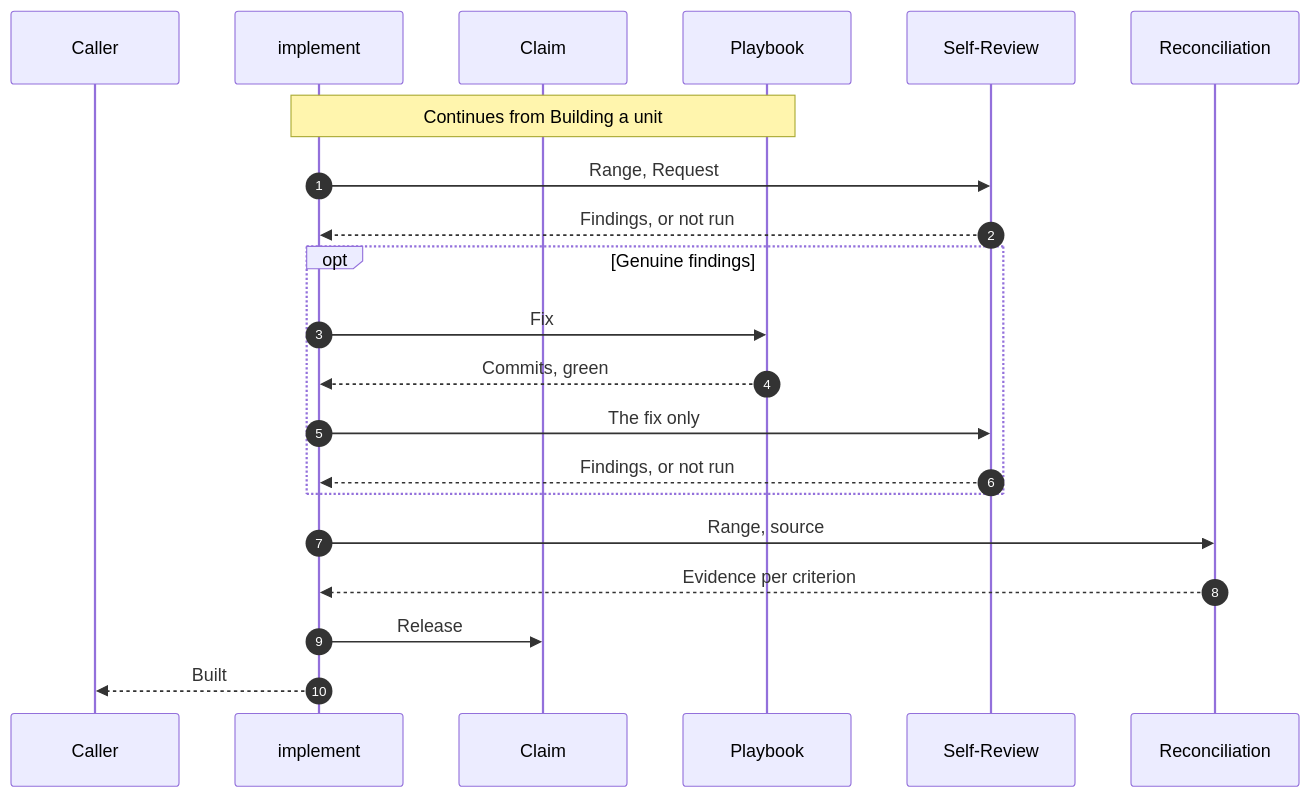
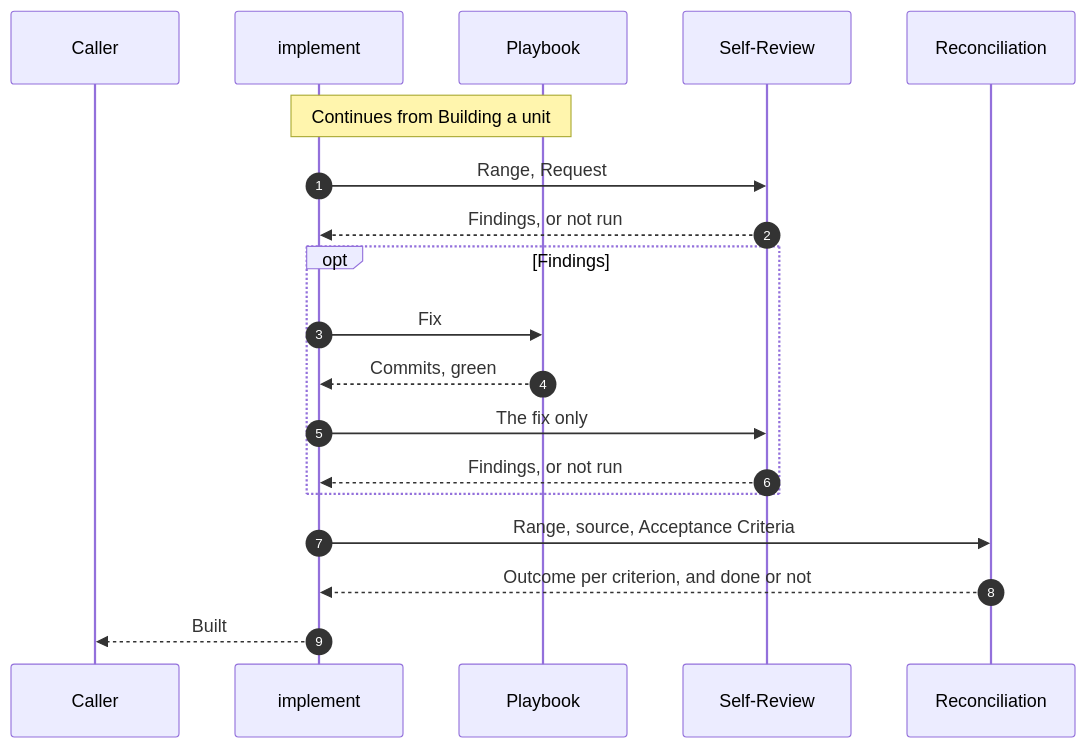
One commit to maro114510/skills changed the third of 3 diagrams in docs/design/implement.md. Above: the diagram before and after it, drawn with Mermaid. The commit also changed other lines of this file, not shown here.

First line of the commit message:
docs(implement): retarget the Design Doc to one unit per Issue

````diff
--- a/docs/design/implement.md
+++ b/docs/design/implement.md
@@ -104,23 +102,21 @@
 ```mermaid
 sequenceDiagram
     autonumber
     participant K as Caller
     participant I as implement
-    participant CL as Claim
     participant PB as Playbook
     participant SR as Self-Review
     participant RC as Reconciliation
     Note over I,PB: Continues from Building a unit
     I->>SR: Range, Request
     SR-->>I: Findings, or not run
-    opt Genuine findings
+    opt Findings
         I->>PB: Fix
         PB-->>I: Commits, green
         I->>SR: The fix only
         SR-->>I: Findings, or not run
     end
-    I->>RC: Range, source
-    RC-->>I: Evidence per criterion
-    I->>CL: Release
+    I->>RC: Range, source, Acceptance Criteria
+    RC-->>I: Outcome per criterion, and done or not
     I-->>K: Built
 ```
````
